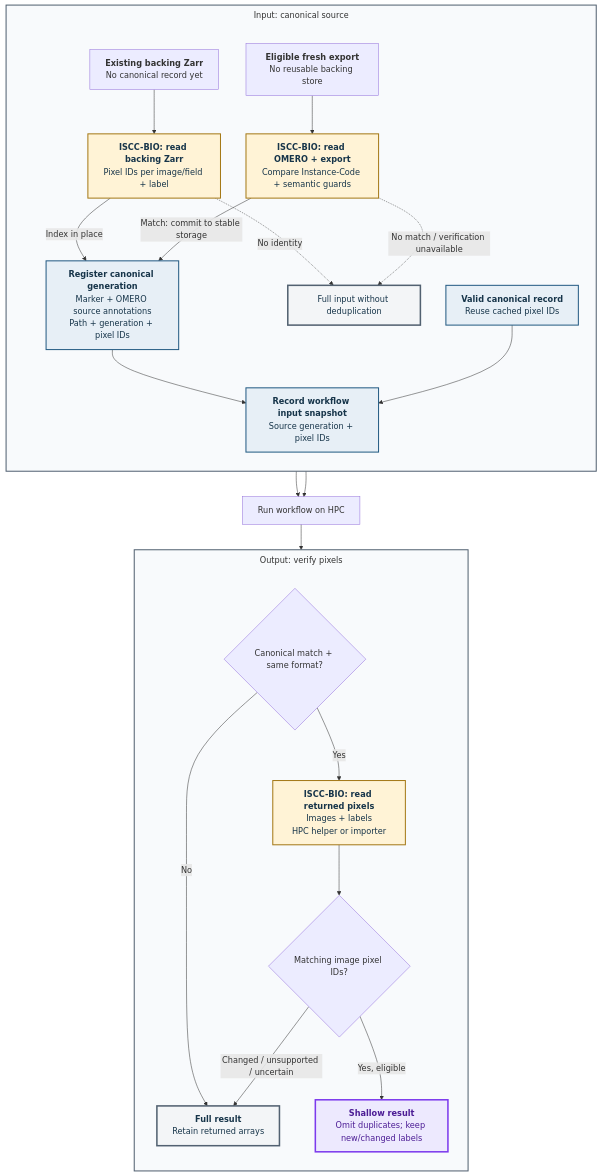
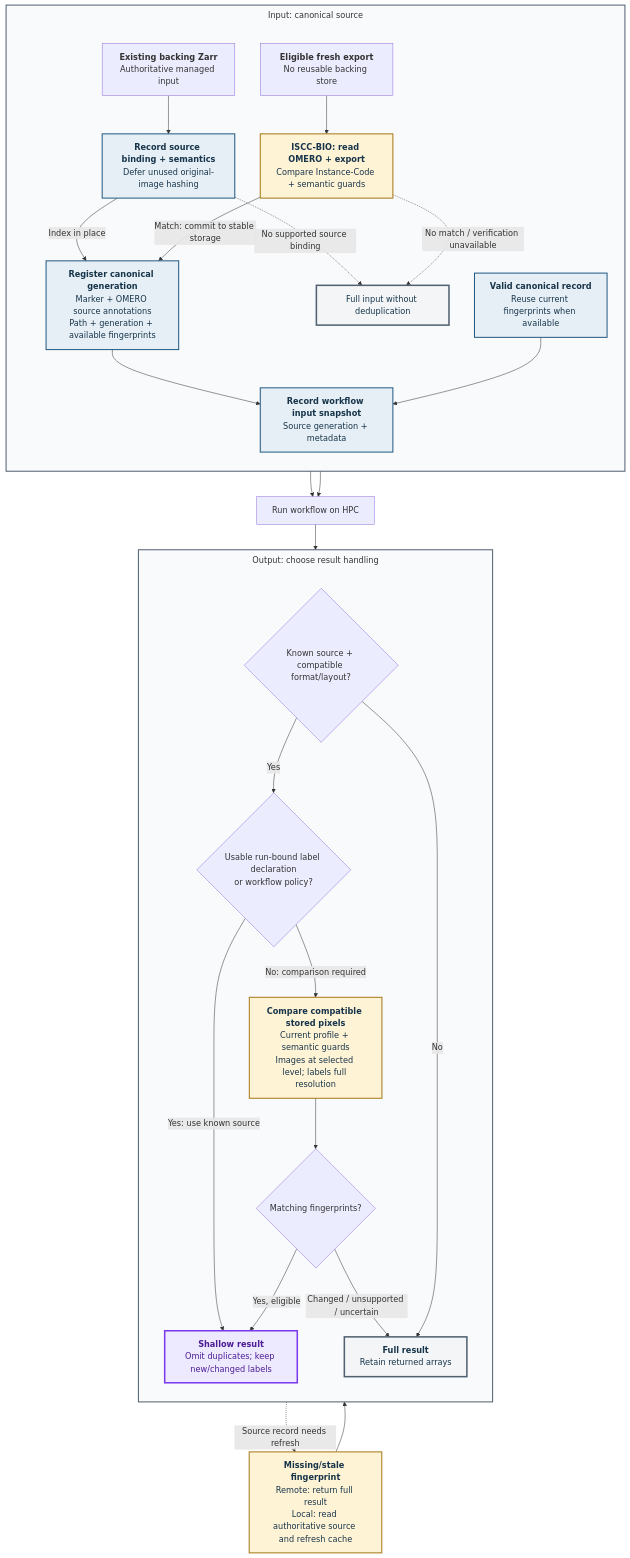
Before and after one commit to NL-BioImaging/NL-BIOMERO: the diagram in docs/_diagrams/shallow-canonical.mmd, drawn with Mermaid. The commit also changed 3 other files, not shown here.

Commit message:
Document shallow output policies and resolution-specific comparison

```diff
--- a/docs/_diagrams/shallow-canonical.mmd
+++ b/docs/_diagrams/shallow-canonical.mmd
@@ -1,44 +1,50 @@
 %%{init: {"flowchart": {"subGraphTitleMargin": {"top": 8, "bottom": 30}}}}%%
 flowchart TB
     subgraph PREP["Input: canonical source"]
         direction TB
-        EXIST["<b>Existing backing Zarr</b><br/>No canonical record yet"]
+        EXIST["<b>Existing backing Zarr</b><br/>Authoritative managed input"]
         FRESH["<b>Eligible fresh export</b><br/>No reusable backing store"]
-        HASHSTORE["<b>ISCC-BIO: read backing Zarr</b><br/>Pixel IDs per image/field + label"]
+        LOCATE["<b>Record source binding + semantics</b><br/>Defer unused original-image hashing"]
         HASHBOTH["<b>ISCC-BIO: read OMERO + export</b><br/>Compare Instance-Code + semantic guards"]
-        EXIST --> HASHSTORE
+        EXIST --> LOCATE
         FRESH --> HASHBOTH
-        HASHSTORE -->|"Index in place"| REGISTER["<b>Register canonical generation</b><br/>Marker + OMERO source annotations<br/>Path + generation + pixel IDs"]
+        LOCATE -->|"Index in place"| REGISTER["<b>Register canonical generation</b><br/>Marker + OMERO source annotations<br/>Path + generation + available fingerprints"]
         HASHBOTH -->|"Match: commit to stable storage"| REGISTER
-        HASHSTORE -. "No identity" .-> FALLBACK["Full input without deduplication"]
+        LOCATE -. "No supported source binding" .-> FALLBACK["Full input without deduplication"]
         HASHBOTH -. "No match / verification unavailable" .-> FALLBACK
-        CACHED["<b>Valid canonical record</b><br/>Reuse cached pixel IDs"]
-        REGISTER --> SNAP["<b>Record workflow input snapshot</b><br/>Source generation + pixel IDs"]
+        CACHED["<b>Valid canonical record</b><br/>Reuse current fingerprints when available"]
+        REGISTER --> SNAP["<b>Record workflow input snapshot</b><br/>Source generation + metadata"]
         CACHED --> SNAP
     end
     SNAP --> WORK["Run workflow on HPC"]
     FALLBACK --> WORK
-    subgraph RETURN["Output: verify pixels"]
+    subgraph RETURN["Output: choose result handling"]
         direction TB
-        CHECK{"Canonical match + same format?"}
-        HASHOUT["<b>ISCC-BIO: read returned pixels</b><br/>Images + labels<br/>HPC helper or importer"]
-        MATCH{"Matching image pixel IDs?"}
+        CHECK{"Known source + compatible format/layout?"}
+        POLICY{"Usable run-bound label declaration<br/>or workflow policy?"}
+        HASHOUT["<b>Compare compatible stored pixels</b><br/>Current profile + semantic guards<br/>Images at selected level; labels full resolution"]
+        MATCH{"Matching fingerprints?"}
         SHALLOW["<b>Shallow result</b><br/>Omit duplicates; keep new/changed labels"]
         FULL["<b>Full result</b><br/>Retain returned arrays"]
-        CHECK -->|"Yes"| HASHOUT
+        CHECK -->|"Yes"| POLICY
         CHECK -->|"No"| FULL
+        POLICY -->|"Yes: use known source"| SHALLOW
+        POLICY -->|"No: comparison required"| HASHOUT
         HASHOUT --> MATCH
         MATCH -->|"Yes, eligible"| SHALLOW
         MATCH -->|"Changed / unsupported / uncertain"| FULL
     end
     WORK --> CHECK
+    REFRESH["<b>Missing/stale fingerprint</b><br/>Remote: return full result<br/>Local: read authoritative source and refresh cache"]
+    HASHOUT -. "Source record needs refresh" .-> REFRESH
+    REFRESH --> HASHOUT
     style PREP fill:#f8fafc,stroke:#526171,stroke-width:2px;
     style RETURN fill:#f8fafc,stroke:#526171,stroke-width:2px;
     classDef pixelread fill:#fff3d6,stroke:#a57918,stroke-width:2px,color:#17354a;
     classDef canonical fill:#e7eff6,stroke:#245b83,stroke-width:2px,color:#17354a;
     classDef full fill:#f3f5f7,stroke:#526171,stroke-width:3px,color:#17354a;
     classDef shallow fill:#ede9fe,stroke:#7c3aed,stroke-width:3px,color:#4c1d95;
-    class HASHSTORE,HASHBOTH,HASHOUT pixelread;
-    class REGISTER,CACHED,SNAP canonical;
+    class HASHBOTH,HASHOUT,REFRESH pixelread;
+    class LOCATE,REGISTER,CACHED,SNAP canonical;
     class FULL,FALLBACK full;
     class SHALLOW shallow;
```
